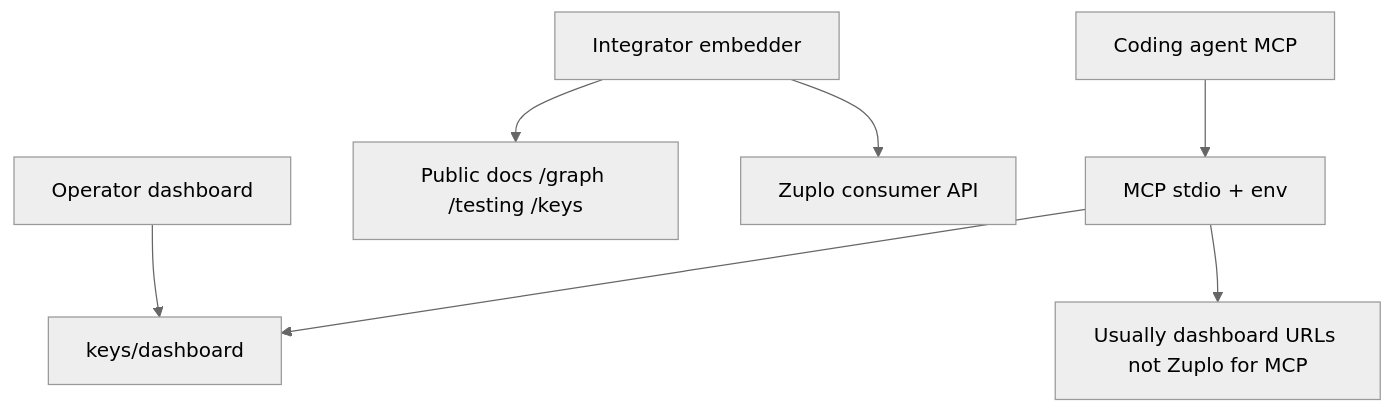
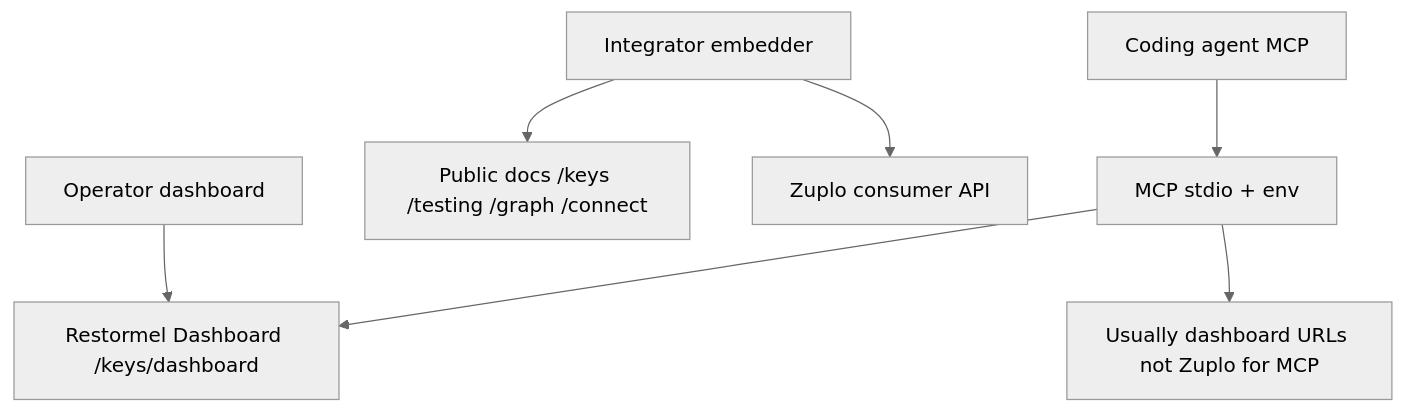
Before and after one commit to Allotment-Technology-Ltd/restormel-keys: the diagram in docs/restormel/THEME-L-IA-MATRIX.md, drawn with Mermaid (neutral theme). The commit also changed other lines of this file and 540 other files, not shown here.

````diff
--- a/docs/restormel/THEME-L-IA-MATRIX.md
+++ b/docs/restormel/THEME-L-IA-MATRIX.md
@@ -17,12 +17,12 @@
 ```mermaid
 flowchart TB
   integrator[Integrator embedder]
   operator[Operator dashboard]
   agent[Coding agent MCP]
-  integrator --> docs[Public docs /graph /testing /keys]
+  integrator --> docs[Public docs /keys /testing /graph /connect]
   integrator --> zuplo[Zuplo consumer API]
-  operator --> dash[keys/dashboard]
+  operator --> dash[Restormel Dashboard /keys/dashboard]
   agent --> mcp[MCP stdio + env]
   mcp --> dash
   mcp --> zuploNote[Usually dashboard URLs not Zuplo for MCP]
 ```
````
